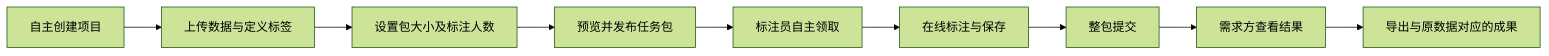
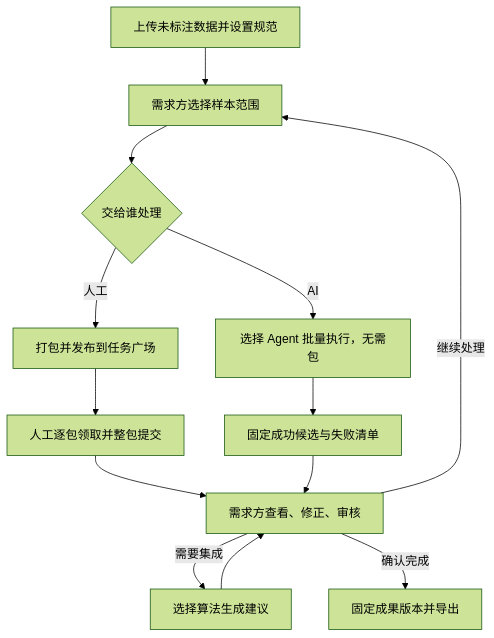
The diagram in docs/labeling-v1.1/01-product.md (tssai-lab/tss-data-labeling), drawn with Mermaid (forest theme) before and after one commit. The commit also changed other lines of this file and 7 other files, not shown here.

````diff
--- a/docs/labeling-v1.1/01-product.md
+++ b/docs/labeling-v1.1/01-product.md
@@ -24,11 +28,15 @@
 ```mermaid
-flowchart LR
- A[自主创建项目] --> B[上传数据与定义标签]
- B --> C[设置包大小及标注人数]
- C --> D[预览并发布任务包]
- D --> E[标注员自主领取]
- E --> F[在线标注与保存]
- F --> G[整包提交]
- G --> H[需求方查看结果]
- H --> I[导出与原数据对应的成果]
+flowchart TD
+    A[上传未标注数据并设置规范] --> B[需求方选择样本范围]
+    B --> C{交给谁处理}
+    C -->|人工| D[打包并发布到任务广场]
+    D --> E[人工逐包领取并整包提交]
+    C -->|AI| F[选择 Agent 批量执行，无需包]
+    F --> G[固定成功候选与失败清单]
+    E --> H[需求方查看、修正、审核]
+    G --> H
+    H -->|需要集成| I[选择算法生成建议]
+    I --> H
+    H -->|继续处理| B
+    H -->|确认完成| J[固定成果版本并导出]
 ```
````
